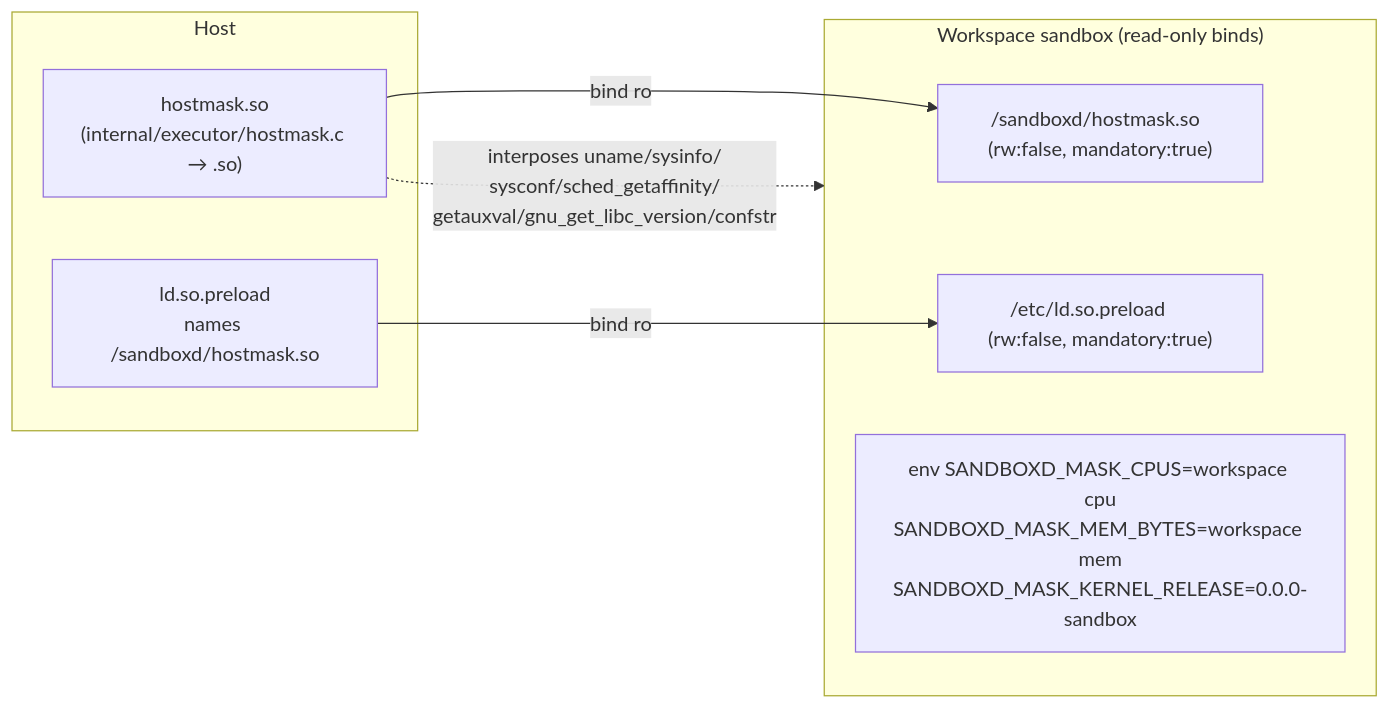
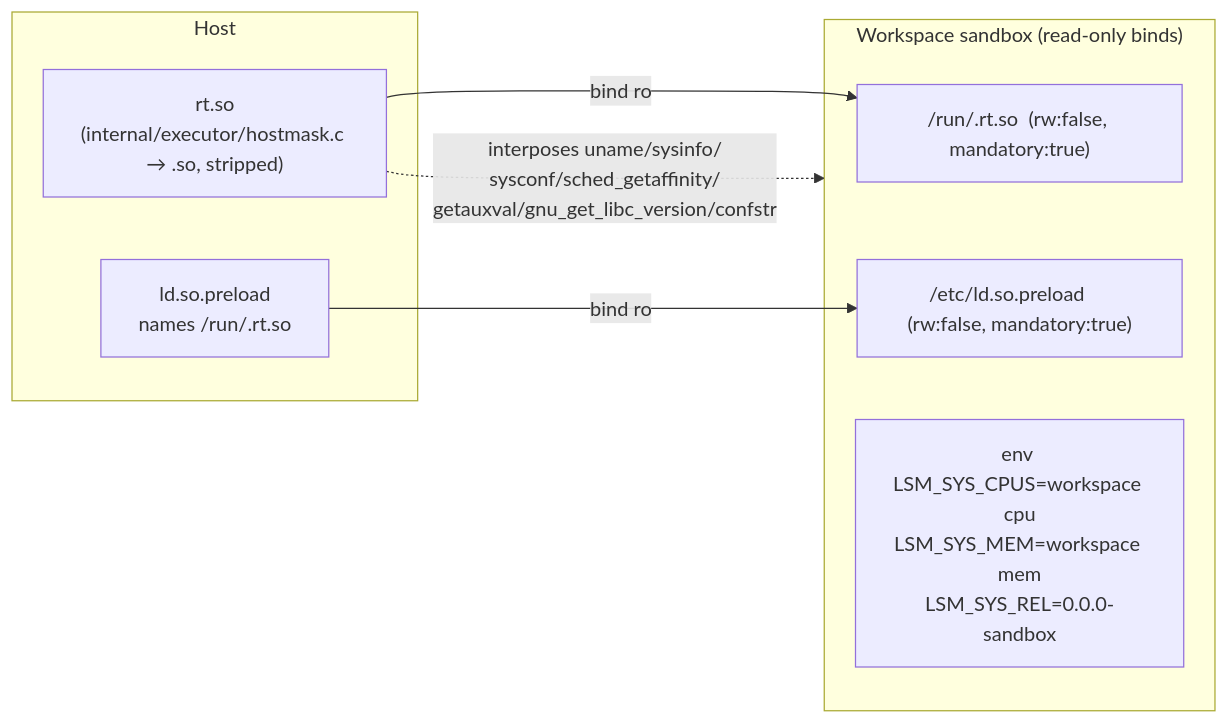
One commit to M3-mo2/cloud-service changed diagram 13 of 19 in docs/ARCHITECTURE.md. Above: the diagram before and after it, drawn with Mermaid. The commit also changed other lines of this file and 6 other files, not shown here.

````diff
--- a/docs/ARCHITECTURE.md
+++ b/docs/ARCHITECTURE.md
@@ -689,15 +690,15 @@
 ```mermaid
 flowchart LR
     subgraph HOST["Host"]
-      H1["hostmask.so\n(internal/executor/hostmask.c → .so)"]
-      H2["ld.so.preload\nnames /sandboxd/hostmask.so"]
+      H1["rt.so\n(internal/executor/hostmask.c → .so, stripped)"]
+      H2["ld.so.preload\nnames /run/.rt.so"]
     end
     subgraph JAIL["Workspace sandbox (read-only binds)"]
-      J1["/sandboxd/hostmask.so  (rw:false, mandatory:true)"]
+      J1["/run/.rt.so  (rw:false, mandatory:true)"]
       J2["/etc/ld.so.preload     (rw:false, mandatory:true)"]
-      J3["env SANDBOXD_MASK_CPUS=workspace cpu\nSANDBOXD_MASK_MEM_BYTES=workspace mem\nSANDBOXD_MASK_KERNEL_RELEASE=0.0.0-sandbox"]
+      J3["env LSM_SYS_CPUS=workspace cpu\nLSM_SYS_MEM=workspace mem\nLSM_SYS_REL=0.0.0-sandbox"]
     end
     H1 -->|bind ro| J1
     H2 -->|bind ro| J2
     H1 -.->|"interposes uname/sysinfo/\nsysconf/sched_getaffinity/\ngetauxval/gnu_get_libc_version/confstr"| JAIL
 ```
````
